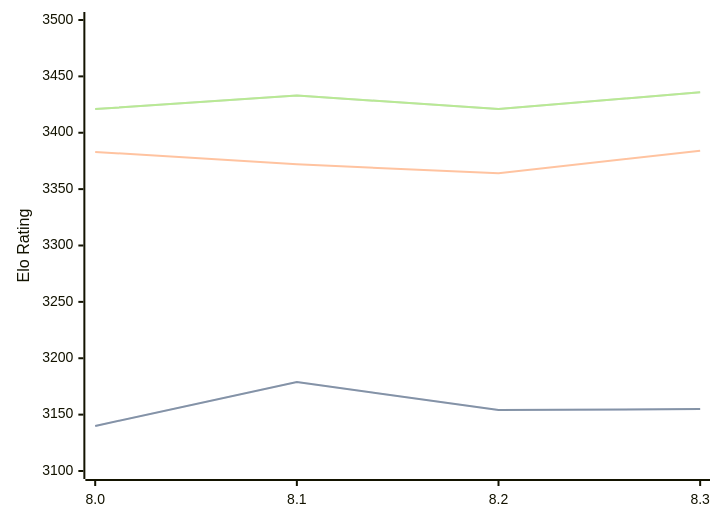
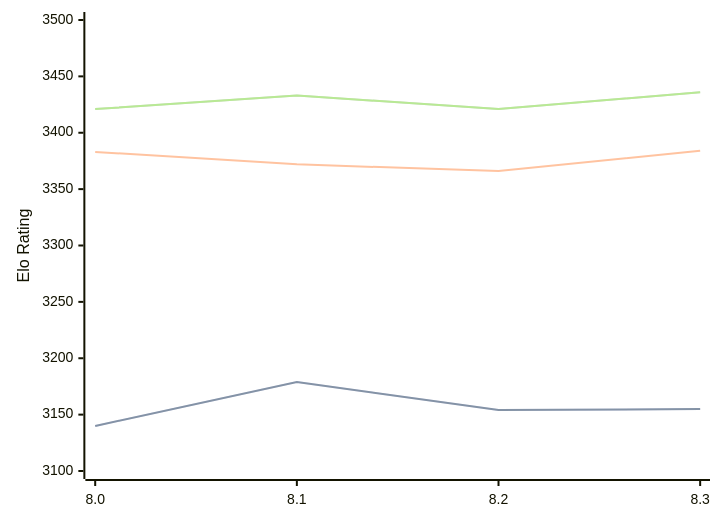
Before and after one commit to computer-chess-index/cci: the diagram in engines/Alexander.md, drawn with Mermaid. The commit also changed other lines of this file, not shown here.

````diff
--- a/engines/Alexander.md
+++ b/engines/Alexander.md
@@ -34,11 +34,11 @@
 ```mermaid
 %%{init: {"theme":"base","themeVariables":{"seriesColors:['#a3a3a3','#222221','#faa371']}}}%%
 xychart-beta
   x-axis ["8.0", "8.1", "8.2", "8.3"]
   y-axis "Elo Rating" 3100 --> 3500
   line "" [3140, 3179, 3154, 3155]
   line "STC (8.0+0.08s)" [3140, 3179, 3154, 3155]
-  line "LTC (60.0+0.60s)" [3383, 3372, 3364, 3384]
+  line "LTC (60.0+0.60s)" [3383, 3372, 3366, 3384]
   line "" [3421, 3433, 3421, 3436]
   line "VLTC (2m24s+1.12s)" [3421, 3433, 3421, 3436]
 ```
````
